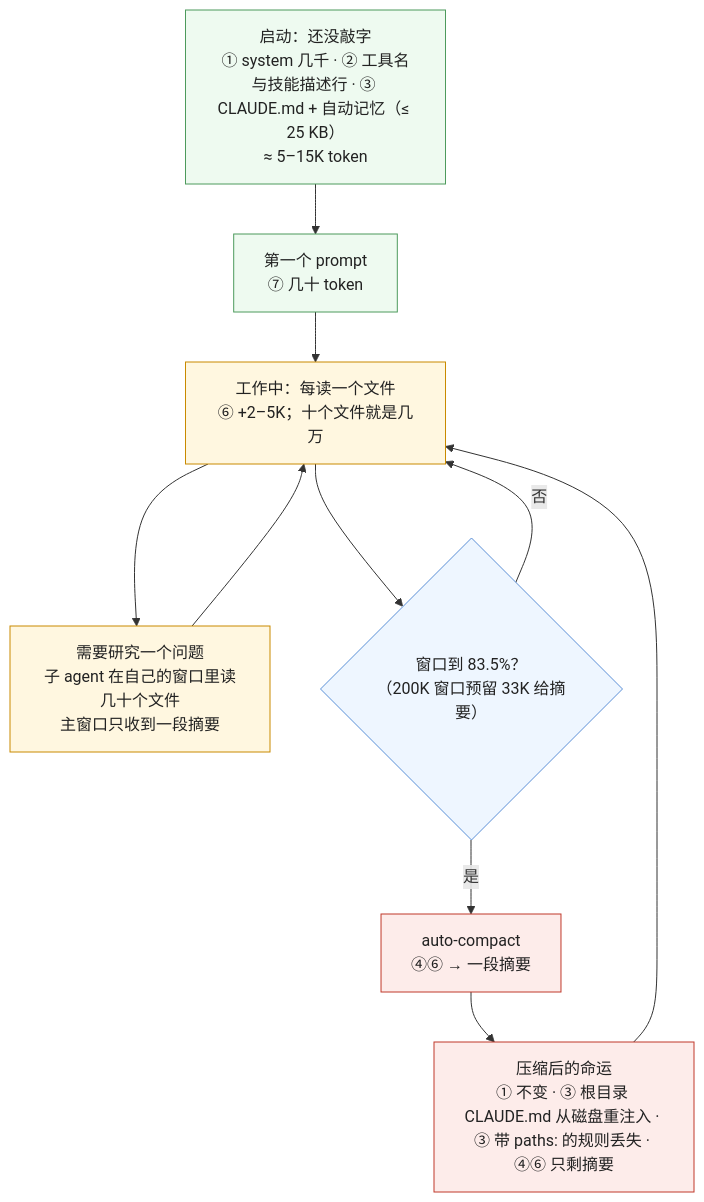
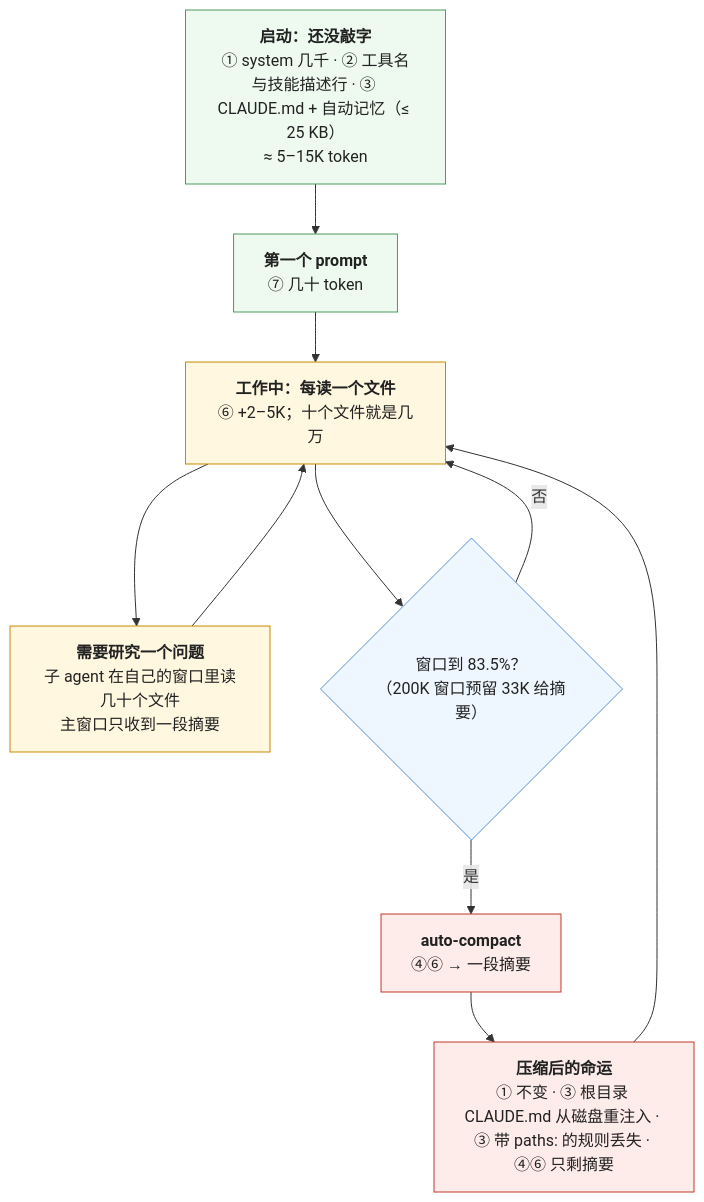
The first of 4 diagrams in _posts/2026-10-06-anatomy-of-the-context-window.md (arganzheng/arganzheng.github.com), drawn with Mermaid before and after one commit. The commit also changed other lines of this file and 6 other files, not shown here.

First line of the commit message:
Prompt 与上下文工程：模型这一步该看到什么：Mermaid 多行方框的首行标为标题（7 篇）

````diff
--- a/_posts/2026-10-06-anatomy-of-the-context-window.md
+++ b/_posts/2026-10-06-anatomy-of-the-context-window.md
@@ -67,22 +67,22 @@
 ```mermaid
 %% 图：一个 Claude Code 会话的上下文怎样填满——启动时 ①②③ 已占几千到上万 token；每读一个文件 ⑥ 加 2–5K；子 agent 的大量读取在另一个窗口里、主窗口只收摘要；到约 83.5% 处 auto-compact 把 ④⑥ 换成一段摘要，① 不动、③ 的根目录部分重注入、按需部分丢失
 flowchart TB
-    S0["启动：还没敲字<br/>① system 几千 · ② 工具名与技能描述行 · ③ CLAUDE.md + 自动记忆（≤ 25 KB）<br/>≈ 5–15K token"]
-    S0 --> S1["第一个 prompt<br/>⑦ 几十 token"]
-    S1 --> S2["工作中：每读一个文件<br/>⑥ +2–5K；十个文件就是几万"]
-    S2 --> S3["需要研究一个问题<br/>子 agent 在自己的窗口里读几十个文件<br/>主窗口只收到一段摘要"]
+    S0["<b>启动：还没敲字</b><br/>① system 几千 · ② 工具名与技能描述行 · ③ CLAUDE.md + 自动记忆（≤ 25 KB）<br/>≈ 5–15K token"]
+    S0 --> S1["<b>第一个 prompt</b><br/>⑦ 几十 token"]
+    S1 --> S2["<b>工作中：每读一个文件</b><br/>⑥ +2–5K；十个文件就是几万"]
+    S2 --> S3["<b>需要研究一个问题</b><br/>子 agent 在自己的窗口里读几十个文件<br/>主窗口只收到一段摘要"]
     S3 --> S2
     S2 --> S4{"窗口到 83.5%？<br/>（200K 窗口预留 33K 给摘要）"}
     S4 -->|"否"| S2
-    S4 -->|"是"| S5["auto-compact<br/>④⑥ → 一段摘要"]
-    S5 --> S6["压缩后的命运<br/>① 不变 · ③ 根目录 CLAUDE.md 从磁盘重注入 · ③ 带 paths: 的规则丢失 · ④⑥ 只剩摘要"]
+    S4 -->|"是"| S5["<b>auto-compact</b><br/>④⑥ → 一段摘要"]
+    S5 --> S6["<b>压缩后的命运</b><br/>① 不变 · ③ 根目录 CLAUDE.md 从磁盘重注入 · ③ 带 paths: 的规则丢失 · ④⑥ 只剩摘要"]
     S6 --> S2
     classDef res fill:#eefaf0,stroke:#4d9a5c,color:#222
     classDef grow fill:#fff7e0,stroke:#c98a00,color:#222
     classDef dec fill:#eef6ff,stroke:#5b8fd6,color:#222
     classDef cmp fill:#fdecea,stroke:#c0392b,color:#222
     class S0,S1 res
     class S2,S3 grow
     class S4 dec
     class S5,S6 cmp
 ```
````
